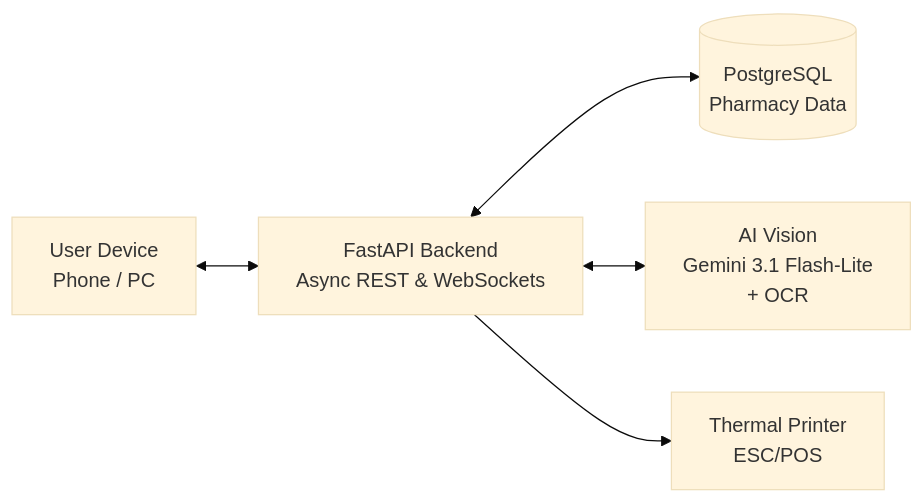
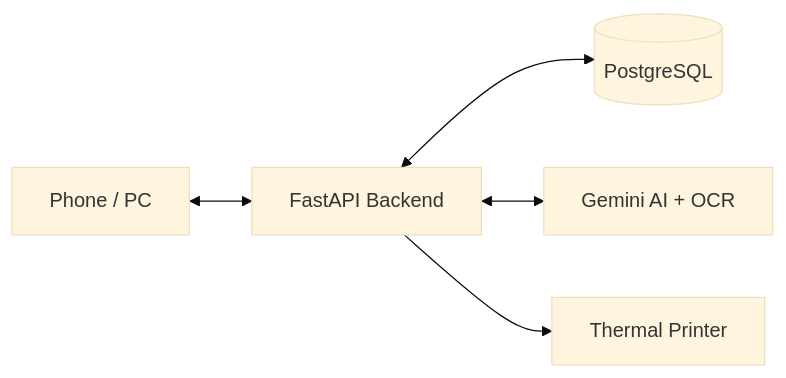
Before and after one commit to kanishak1244/ExpiryGuard_Backend: the diagram in README.md, drawn with Mermaid (base theme). The commit also changed other lines of this file, not shown here.

````diff
--- a/README.md
+++ b/README.md
@@ -167,13 +78,7 @@
 ```mermaid
 flowchart LR
-    U["User Device<br/>Phone / PC"]
-    API["FastAPI Backend<br/>Async REST & WebSockets"]
-    DB[("PostgreSQL<br/>Pharmacy Data")]
-    AI["AI Vision<br/>Gemini 3.1 Flash-Lite<br/>+ OCR"]
-    PR["Thermal Printer<br/>ESC/POS"]
-
-    U <--> API
-    API <--> DB
-    API <--> AI
-    API --> PR
+    U["Phone / PC"] <--> API["FastAPI Backend"]
+    API <--> DB[("PostgreSQL")]
+    API <--> AI["Gemini AI + OCR"]
+    API --> P["Thermal Printer"]
 ```
````
